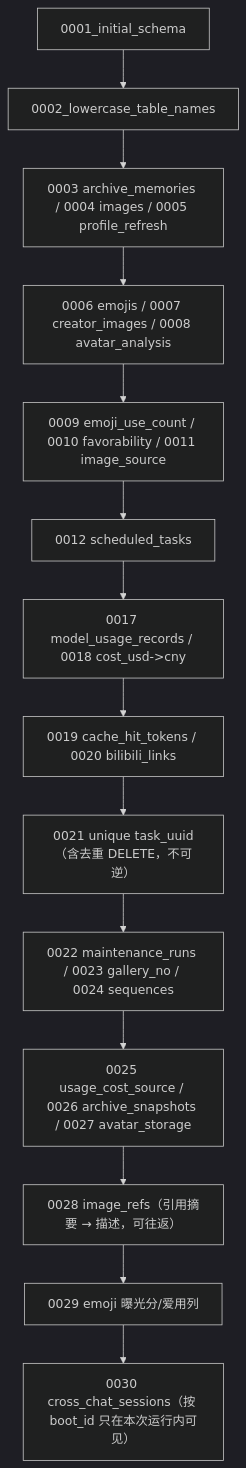
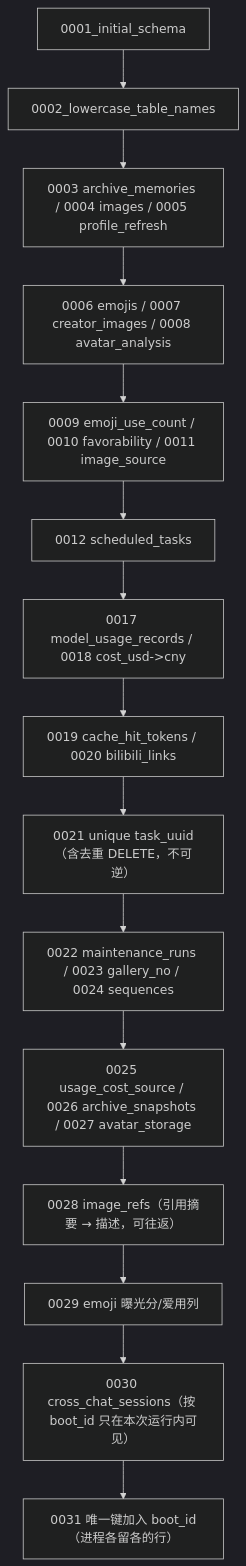
The eighth of 9 diagrams in docs/flow/22-storage-migrations.md (SuperQuail/NeoBot), drawn with Mermaid (dark theme) before and after one commit. The commit also changed other lines of this file and 13 other files, not shown here.

````diff
--- a/docs/flow/22-storage-migrations.md
+++ b/docs/flow/22-storage-migrations.md
@@ -203,16 +205,17 @@
 ```mermaid
 flowchart TD
     A["0001_initial_schema"] --> B["0002_lowercase_table_names"]
     B --> C["0003 archive_memories / 0004 images / 0005 profile_refresh"]
     C --> D["0006 emojis / 0007 creator_images / 0008 avatar_analysis"]
     D --> E["0009 emoji_use_count / 0010 favorability / 0011 image_source"]
     E --> F["0012 scheduled_tasks"]
     F --> G["0017 model_usage_records / 0018 cost_usd->cny"]
     G --> H["0019 cache_hit_tokens / 0020 bilibili_links"]
     H --> I["0021 unique task_uuid（含去重 DELETE，不可逆）"]
     I --> J["0022 maintenance_runs / 0023 gallery_no / 0024 sequences"]
     J --> K["0025 usage_cost_source / 0026 archive_snapshots / 0027 avatar_storage"]
     K --> L["0028 image_refs（引用摘要 → 描述，可往返）"]
     L --> M["0029 emoji 曝光分/爱用列"]
     M --> N["0030 cross_chat_sessions（按 boot_id 只在本次运行内可见）"]
+    N --> O["0031 唯一键加入 boot_id（进程各留各的行）"]
 ```
````
